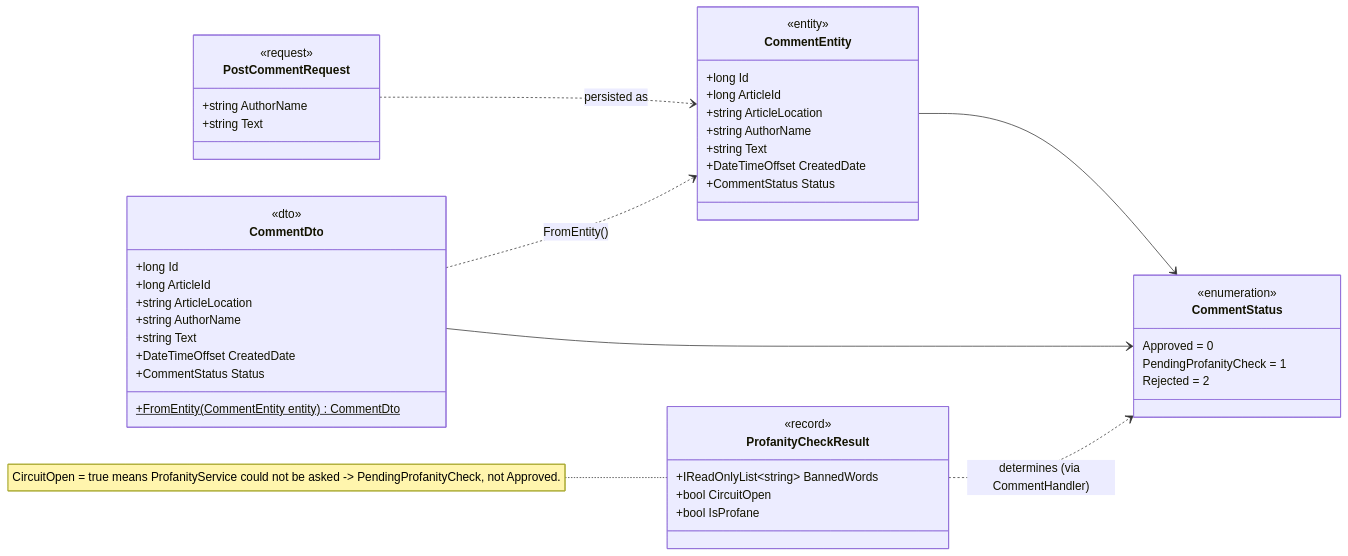
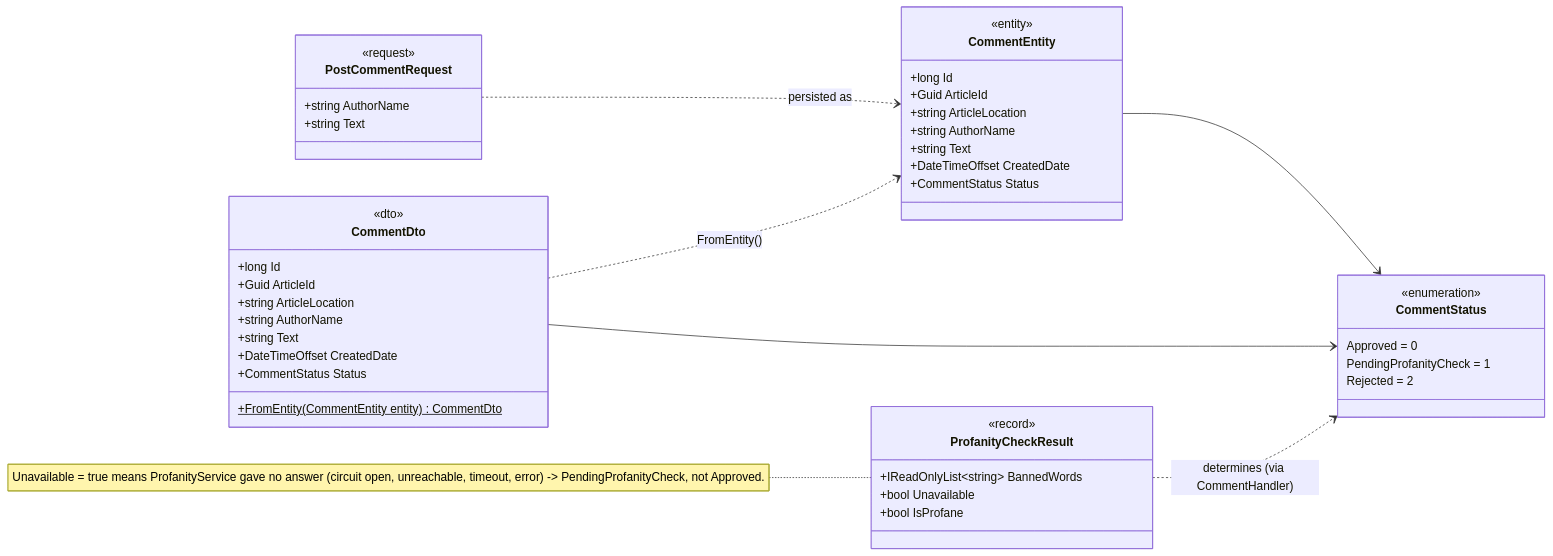
The diagram in C4 diagram/docs/L4/comment.md (PBSW-easv-ea-peter/HappyHeadlines), drawn with Mermaid before and after one commit. The commit also changed other lines of this file and 4 other files, not shown here.

````diff
--- a/C4 diagram/docs/L4/comment.md
+++ b/C4 diagram/docs/L4/comment.md
@@ -7,55 +7,55 @@
 ```mermaid
 classDiagram
     direction LR
 
     class PostCommentRequest {
         <<request>>
         +string AuthorName
         +string Text
     }
 
     class CommentEntity {
         <<entity>>
         +long Id
-        +long ArticleId
+        +Guid ArticleId
         +string ArticleLocation
         +string AuthorName
         +string Text
         +DateTimeOffset CreatedDate
         +CommentStatus Status
     }
 
     class CommentDto {
         <<dto>>
         +long Id
-        +long ArticleId
+        +Guid ArticleId
         +string ArticleLocation
         +string AuthorName
         +string Text
         +DateTimeOffset CreatedDate
         +CommentStatus Status
         +FromEntity(CommentEntity entity)$ CommentDto
     }
 
     class CommentStatus {
         <<enumeration>>
         Approved = 0
         PendingProfanityCheck = 1
         Rejected = 2
     }
 
     class ProfanityCheckResult {
         <<record>>
         +IReadOnlyList~string~ BannedWords
-        +bool CircuitOpen
+        +bool Unavailable
         +bool IsProfane
     }
 
     PostCommentRequest ..> CommentEntity : persisted as
     CommentDto ..> CommentEntity : FromEntity()
     CommentEntity --> CommentStatus
     CommentDto --> CommentStatus
     ProfanityCheckResult ..> CommentStatus : determines (via CommentHandler)
 
-    note for ProfanityCheckResult "CircuitOpen = true means ProfanityService could not be asked -> PendingProfanityCheck, not Approved."
+    note for ProfanityCheckResult "Unavailable = true means ProfanityService gave no answer (circuit open, unreachable, timeout, error) -> PendingProfanityCheck, not Approved."
 ```
````
